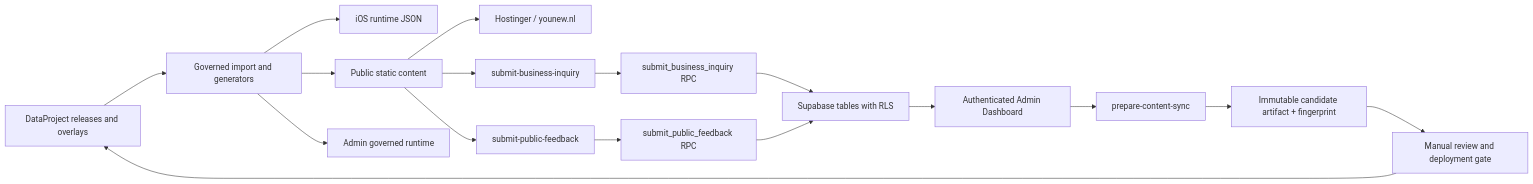
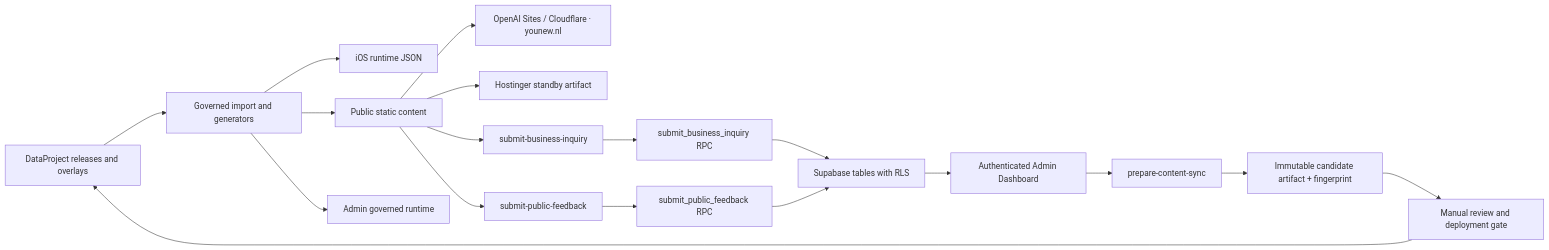
Before and after one commit to zq87xf5jyp-arch/YouNew: the diagram in docs/SYSTEM_MAP.md, drawn with Mermaid. The commit also changed other lines of this file and 78 other files, not shown here.

````diff
--- a/docs/SYSTEM_MAP.md
+++ b/docs/SYSTEM_MAP.md
@@ -21,21 +21,22 @@
 ```mermaid
 flowchart LR
     DP["DataProject releases and overlays"] --> GEN["Governed import and generators"]
     GEN --> IOS["iOS runtime JSON"]
     GEN --> WEB["Public static content"]
     GEN --> ADMART["Admin governed runtime"]
-    WEB --> HOST["Hostinger / younew.nl"]
+    WEB --> SITES["OpenAI Sites / Cloudflare · younew.nl"]
+    WEB --> STANDBY["Hostinger standby artifact"]
 
     WEB --> BIZEDGE["submit-business-inquiry"]
     WEB --> FBEDGE["submit-public-feedback"]
     BIZEDGE --> BIZRPC["submit_business_inquiry RPC"]
     FBEDGE --> FBRPC["submit_public_feedback RPC"]
     BIZRPC --> DB["Supabase tables with RLS"]
     FBRPC --> DB
     DB --> ADMIN["Authenticated Admin Dashboard"]
 
     ADMIN --> SYNCEDGE["prepare-content-sync"]
     SYNCEDGE --> CANDIDATE["Immutable candidate artifact + fingerprint"]
     CANDIDATE --> MANUAL["Manual review and deployment gate"]
     MANUAL --> DP
 ```
````
